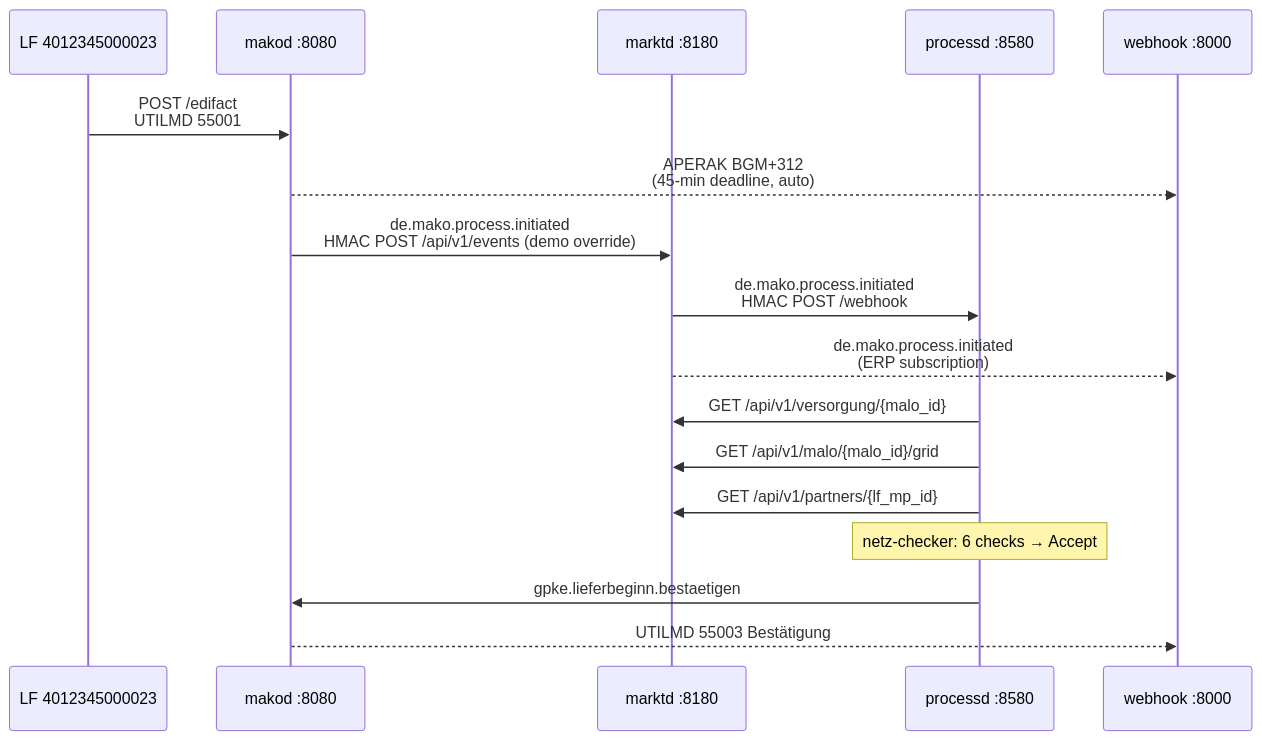
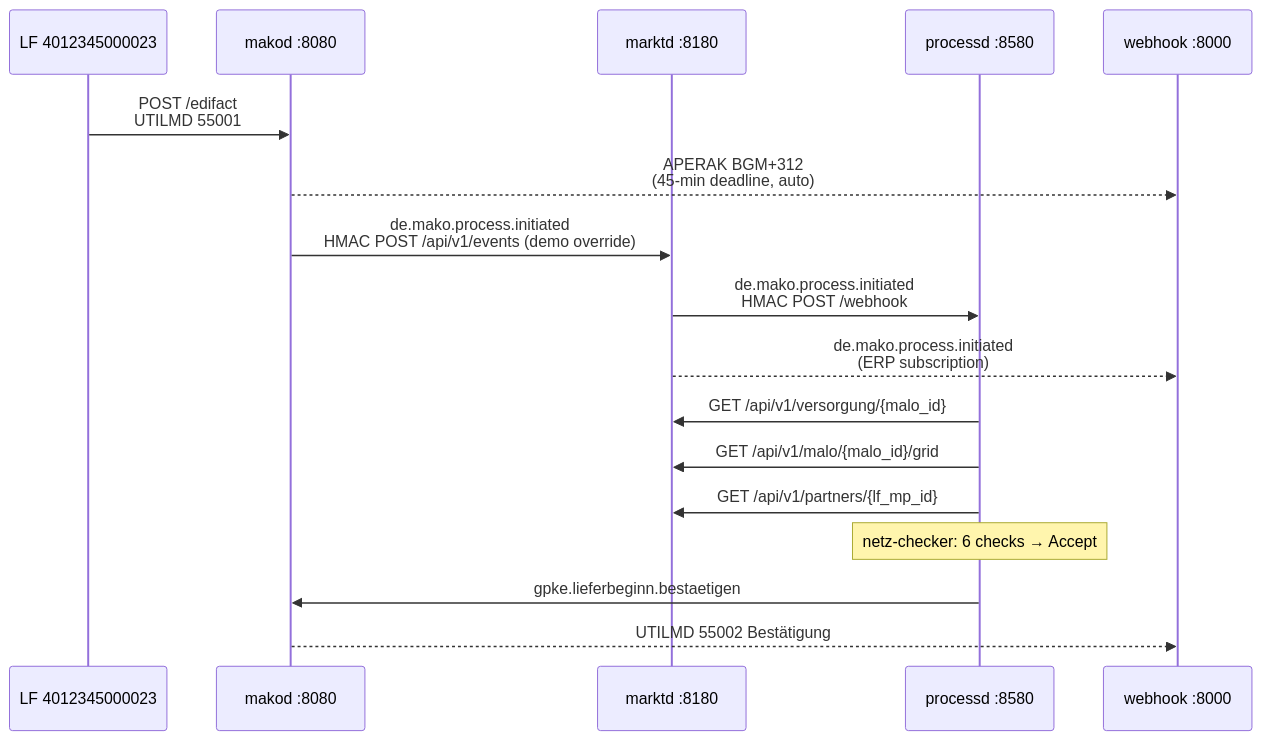
The diagram in site/content/docs/guide/getting-started.md (hupe1980/mako), drawn with Mermaid before and after one commit. The commit also changed other lines of this file and 45 other files, not shown here.

````diff
--- a/site/content/docs/guide/getting-started.md
+++ b/site/content/docs/guide/getting-started.md
@@ -23,20 +23,20 @@
 ```mermaid
 sequenceDiagram
     participant LF as LF 4012345000023
     participant makod as makod :8080
     participant marktd as marktd :8180
     participant processd as processd :8580
     participant webhook as webhook :8000
 
     LF->>makod: POST /edifact<br/>UTILMD 55001
     makod-->>webhook: APERAK BGM+312<br/>(45-min deadline, auto)
     makod->>marktd: de.mako.process.initiated<br/>HMAC POST /api/v1/events (demo override)
     marktd->>processd: de.mako.process.initiated<br/>HMAC POST /webhook
     marktd-->>webhook: de.mako.process.initiated<br/>(ERP subscription)
     processd->>marktd: GET /api/v1/versorgung/{malo_id}
     processd->>marktd: GET /api/v1/malo/{malo_id}/grid
     processd->>marktd: GET /api/v1/partners/{lf_mp_id}
     Note over processd: netz-checker: 6 checks → Accept
     processd->>makod: gpke.lieferbeginn.bestaetigen
-    makod-->>webhook: UTILMD 55003 Bestätigung
+    makod-->>webhook: UTILMD 55002 Bestätigung
 ```
````
